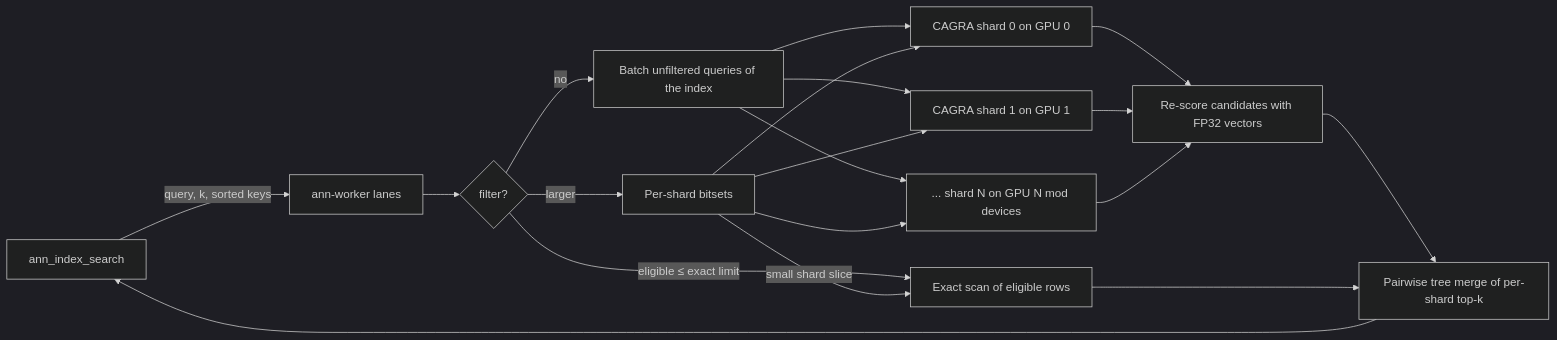
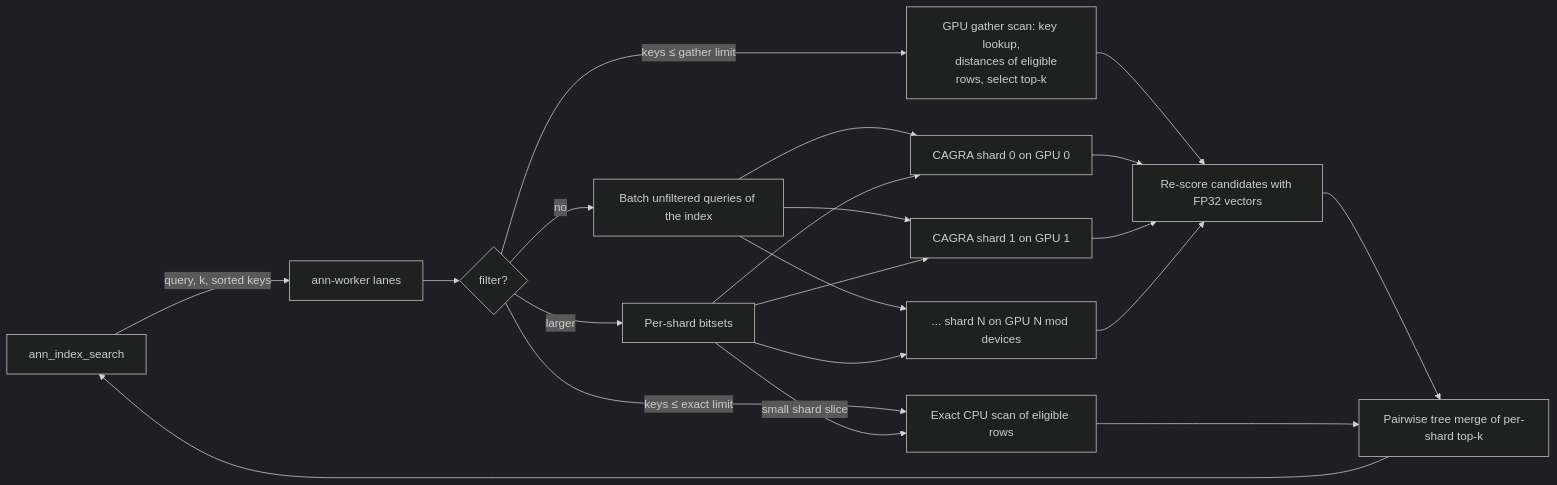
The diagram in docs/ann-cuvs-index.md (pgvector/pgvector), drawn with Mermaid (dark theme) before and after one commit. The commit also changed other lines of this file and 6 other files, not shown here.

First line of the commit message:
Score selective filters with an exact GPU gather scan

````diff
--- a/docs/ann-cuvs-index.md
+++ b/docs/ann-cuvs-index.md
@@ -47,17 +47,20 @@
 ```mermaid
 flowchart LR
     SQL[ann_index_search] -->|query, k, sorted keys| W[ann-worker lanes]
     W --> U{filter?}
     U -->|no| B[Batch unfiltered queries of the index]
     B --> G0[CAGRA shard 0 on GPU 0]
     B --> G1[CAGRA shard 1 on GPU 1]
     B --> Gn[... shard N on GPU N mod devices]
-    U -->|"eligible ≤ exact limit"| X[Exact scan of eligible rows]
+    U -->|"keys ≤ exact limit"| X[Exact CPU scan of eligible rows]
+    U -->|"keys ≤ gather limit"| GS["GPU gather scan: key lookup,
+    distances of eligible rows, select top-k"]
+    GS --> R
     U -->|larger| F[Per-shard bitsets]
     F --> G0 & G1 & Gn
     F -->|"small shard slice"| X
     G0 & G1 & Gn --> R[Re-score candidates with FP32 vectors]
     R --> M[Pairwise tree merge of per-shard top-k]
     X --> M
     M --> SQL
 ```
````
